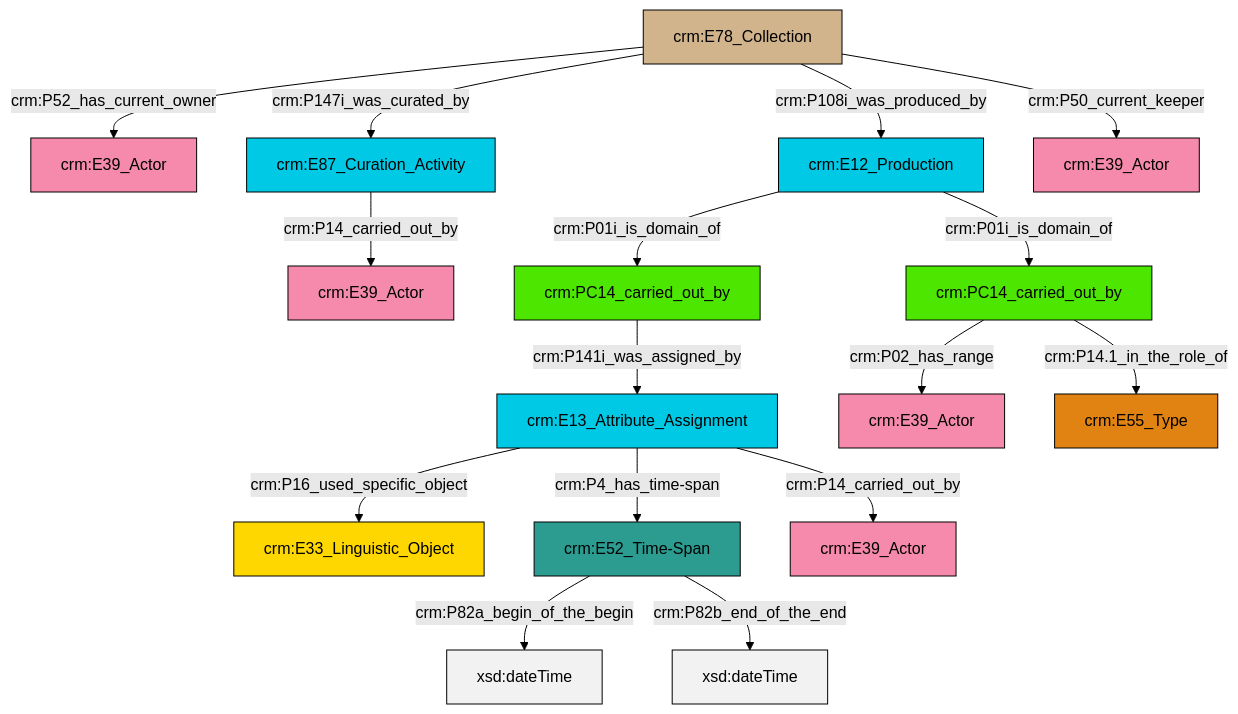
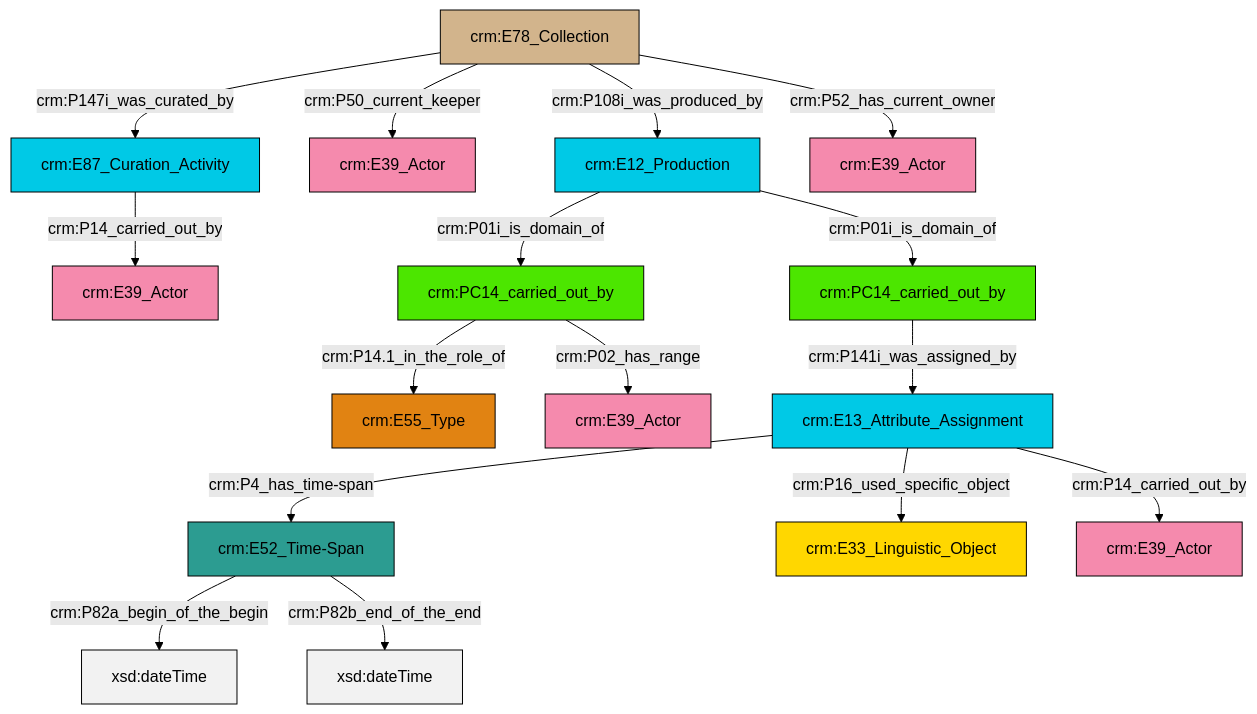
The diagram in et/archivalCSV/ttl/mmd/archival_relation.ttl.mmd (swiss-art-research-net/docs.swissartresearch), drawn with Mermaid (forest theme) before and after one commit. The commit also changed 171 other files, not shown here.

```diff
--- a/et/archivalCSV/ttl/mmd/archival_relation.ttl.mmd
+++ b/et/archivalCSV/ttl/mmd/archival_relation.ttl.mmd
@@ -1,30 +1,30 @@
 graph TD
 classDef Literal fill:#f2f2f2,stroke:#000000;
 classDef CRM_Entity fill:#FFFFFF,stroke:#000000;
 classDef Temporal_Entity fill:#00C9E6, stroke:#000000;
 classDef Type fill:#E18312, stroke:#000000;
 classDef Time-Span fill:#2C9C91, stroke:#000000;
 classDef Appellation fill:#FFEB7F, stroke:#000000;
 classDef Place fill:#008836, stroke:#000000;
 classDef Persistent_Item fill:#B266B2, stroke:#000000;
 classDef Conceptual_Object fill:#FFD700, stroke:#000000;
 classDef Physical_Thing fill:#D2B48C, stroke:#000000;
 classDef Actor fill:#f58aad, stroke:#000000;
 classDef PC_Classes fill:#4ce600, stroke:#000000;
 classDef Multi fill:#cccccc,stroke:#000000;
 
-0["crm:E13_Attribute_Assignment"]:::Temporal_Entity -->|crm:P16_used_specific_object| 1["crm:E33_Linguistic_Object"]:::Conceptual_Object
-6["crm:E78_Collection"]:::Physical_Thing -->|crm:P147i_was_curated_by| 7["crm:E87_Curation_Activity"]:::Temporal_Entity
-8["crm:E52_Time-Span"]:::Time-Span -->|crm:P82a_begin_of_the_begin| 9[xsd:dateTime]:::Literal
-10["crm:PC14_carried_out_by"]:::PC_Classes -->|crm:P02_has_range| 11["crm:E39_Actor"]:::Actor
-12["crm:E12_Production"]:::Temporal_Entity -->|crm:P01i_is_domain_of| 10["crm:PC14_carried_out_by"]:::PC_Classes
-6["crm:E78_Collection"]:::Physical_Thing -->|crm:P52_has_current_owner| 2["crm:E39_Actor"]:::Actor
-8["crm:E52_Time-Span"]:::Time-Span -->|crm:P82b_end_of_the_end| 15[xsd:dateTime]:::Literal
-10["crm:PC14_carried_out_by"]:::PC_Classes -->|crm:P14.1_in_the_role_of| 17["crm:E55_Type"]:::Type
-7["crm:E87_Curation_Activity"]:::Temporal_Entity -->|crm:P14_carried_out_by| 4["crm:E39_Actor"]:::Actor
-6["crm:E78_Collection"]:::Physical_Thing -->|crm:P50_current_keeper| 19["crm:E39_Actor"]:::Actor
-6["crm:E78_Collection"]:::Physical_Thing -->|crm:P108i_was_produced_by| 12["crm:E12_Production"]:::Temporal_Entity
-0["crm:E13_Attribute_Assignment"]:::Temporal_Entity -->|crm:P4_has_time-span| 8["crm:E52_Time-Span"]:::Time-Span
-12["crm:E12_Production"]:::Temporal_Entity -->|crm:P01i_is_domain_of| 20["crm:PC14_carried_out_by"]:::PC_Classes
-0["crm:E13_Attribute_Assignment"]:::Temporal_Entity -->|crm:P14_carried_out_by| 23["crm:E39_Actor"]:::Actor
-20["crm:PC14_carried_out_by"]:::PC_Classes -->|crm:P141i_was_assigned_by| 0["crm:E13_Attribute_Assignment"]:::Temporal_Entity
+0["crm:E87_Curation_Activity"]:::Temporal_Entity -->|crm:P14_carried_out_by| 1["crm:E39_Actor"]:::Actor
+2["crm:E78_Collection"]:::Physical_Thing -->|crm:P147i_was_curated_by| 0["crm:E87_Curation_Activity"]:::Temporal_Entity
+3["crm:PC14_carried_out_by"]:::PC_Classes -->|crm:P14.1_in_the_role_of| 4["crm:E55_Type"]:::Type
+2["crm:E78_Collection"]:::Physical_Thing -->|crm:P50_current_keeper| 5["crm:E39_Actor"]:::Actor
+2["crm:E78_Collection"]:::Physical_Thing -->|crm:P108i_was_produced_by| 6["crm:E12_Production"]:::Temporal_Entity
+7["crm:E52_Time-Span"]:::Time-Span -->|crm:P82a_begin_of_the_begin| 8[xsd:dateTime]:::Literal
+6["crm:E12_Production"]:::Temporal_Entity -->|crm:P01i_is_domain_of| 3["crm:PC14_carried_out_by"]:::PC_Classes
+11["crm:E13_Attribute_Assignment"]:::Temporal_Entity -->|crm:P16_used_specific_object| 12["crm:E33_Linguistic_Object"]:::Conceptual_Object
+7["crm:E52_Time-Span"]:::Time-Span -->|crm:P82b_end_of_the_end| 15[xsd:dateTime]:::Literal
+19["crm:PC14_carried_out_by"]:::PC_Classes -->|crm:P141i_was_assigned_by| 11["crm:E13_Attribute_Assignment"]:::Temporal_Entity
+6["crm:E12_Production"]:::Temporal_Entity -->|crm:P01i_is_domain_of| 19["crm:PC14_carried_out_by"]:::PC_Classes
+11["crm:E13_Attribute_Assignment"]:::Temporal_Entity -->|crm:P14_carried_out_by| 24["crm:E39_Actor"]:::Actor
+2["crm:E78_Collection"]:::Physical_Thing -->|crm:P52_has_current_owner| 25["crm:E39_Actor"]:::Actor
+11["crm:E13_Attribute_Assignment"]:::Temporal_Entity -->|crm:P4_has_time-span| 7["crm:E52_Time-Span"]:::Time-Span
+3["crm:PC14_carried_out_by"]:::PC_Classes -->|crm:P02_has_range| 9["crm:E39_Actor"]:::Actor
```
